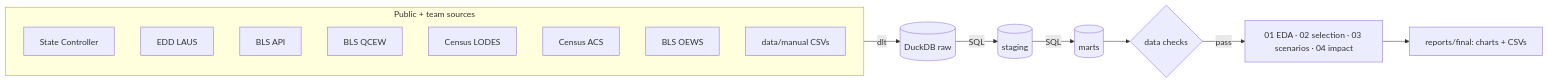
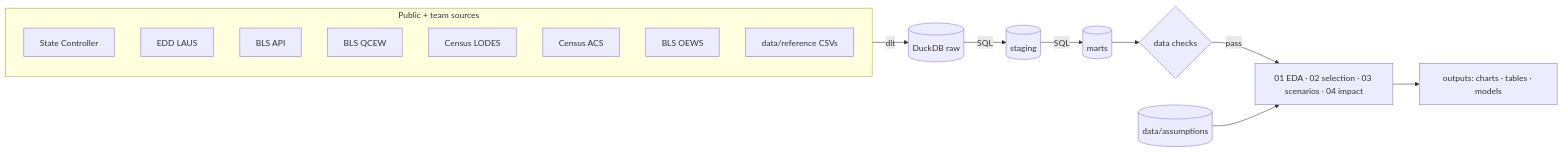
Before and after one commit to EmSchoof/sunstone-ontario-forecast: the diagram in docs/methods.md, drawn with Mermaid. The commit also changed other lines of this file and 69 other files, not shown here.

Commit message:
Reorganize repo and trim: modeling/reporting packages, data/reference + assumptions, outputs/, remove dead code and duplicate docs

````diff
--- a/docs/methods.md
+++ b/docs/methods.md
@@ -20,11 +20,12 @@
 ```mermaid
 flowchart LR
   subgraph sources [Public + team sources]
-    sco[State Controller] & edd[EDD LAUS] & bls[BLS API] & qcew[BLS QCEW] & lodes[Census LODES] & acs[Census ACS] & oews[BLS OEWS] & manual[data/manual CSVs]
+    sco[State Controller] & edd[EDD LAUS] & bls[BLS API] & qcew[BLS QCEW] & lodes[Census LODES] & acs[Census ACS] & oews[BLS OEWS] & manual[data/reference CSVs]
   end
   sources -->|dlt| raw[(DuckDB raw)]
   raw -->|SQL| staging[(staging)] -->|SQL| marts[(marts)]
   marts --> checks{data checks}
   checks -->|pass| analysis[01 EDA · 02 selection · 03 scenarios · 04 impact]
-  analysis --> final[reports/final: charts + CSVs]
+  assumptions[(data/assumptions)] --> analysis
+  analysis --> final[outputs: charts · tables · models]
 ```
````
